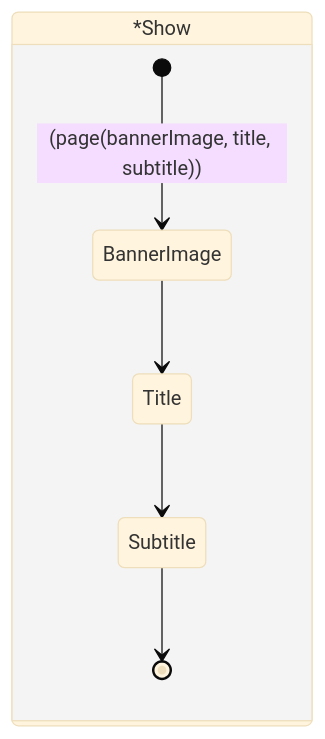
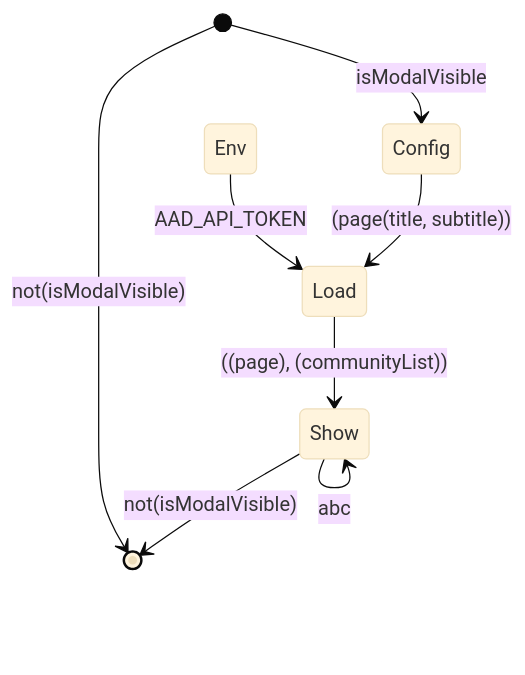
One commit to Wilfongjt/lb-A changed diagram 13 of 37 in README.md. Above: the diagram before and after it, drawn with Mermaid. The commit also changed other lines of this file, not shown here.

````diff
--- a/README.md
+++ b/README.md
@@ -186,15 +241,15 @@
 ```mermaid
 
 %%{init: {'securityLevel': 'loose', 'theme':'base'}}%%
 stateDiagram
  
- state *Show
-     {
-    [*] --> BannerImage : (page(bannerImage, title, subtitle))
-    BannerImage --> Title
-    Title --> Subtitle
-    Subtitle --> [*]
-  }
+[*] --> [*] : not(isModalVisible)
+[*] --> Config : isModalVisible
+Env --> Load : AAD_API_TOKEN
+Config --> Load : (page(title, subtitle))
+Load --> Show : ((page), (communityList))
+Show --> [*] : not(isModalVisible)
  
+Show --> Show : abc
  
 ```
````
